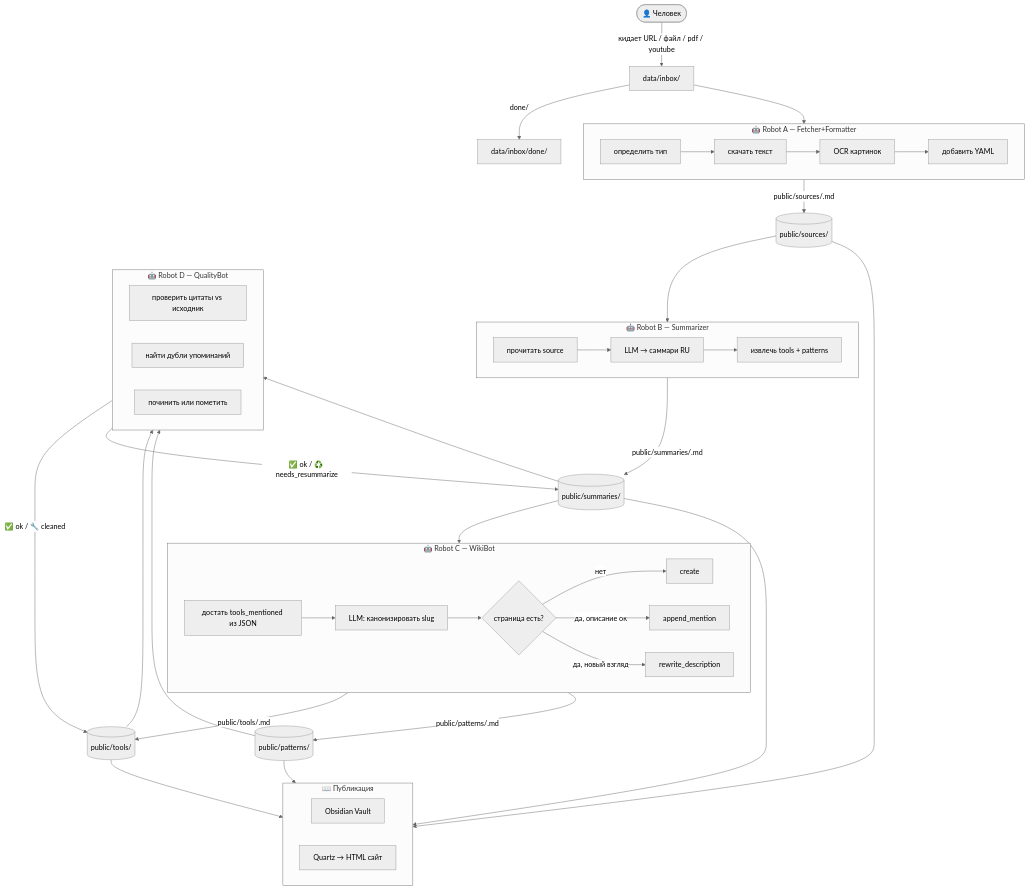
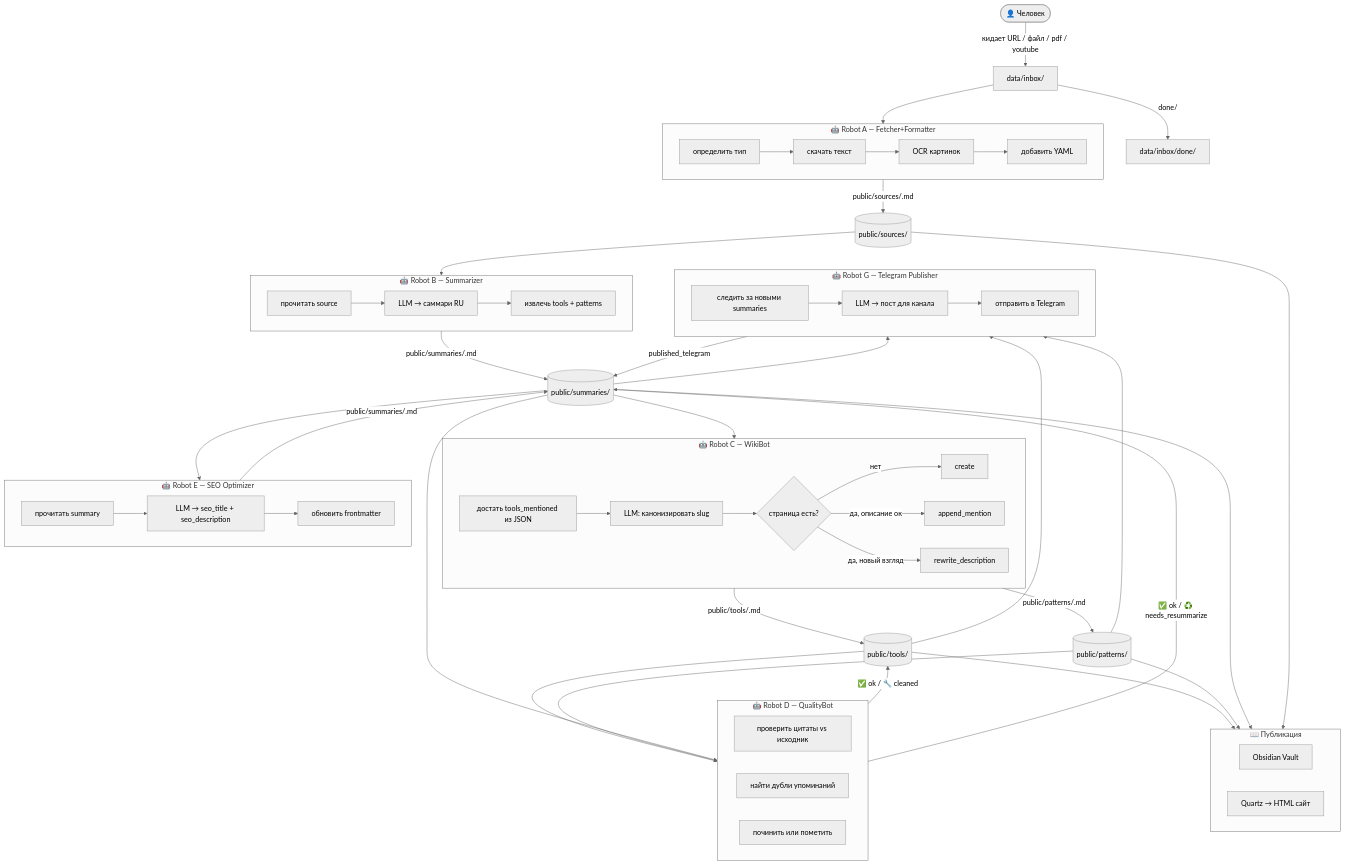
One commit to khabaroff/faiq changed the diagram in _human/processes.md. Above: the diagram before and after it, drawn with Mermaid (neutral theme). The commit also changed other lines of this file and 12 other files, not shown here.

```diff
--- a/_human/processes.md
+++ b/_human/processes.md
@@ -58,13 +58,37 @@
         D3[починить или пометить]
     end
 
-    ROBOT_D -->|✅ ok / 🔧 cleaned| TOOLS
-    ROBOT_D -->|✅ ok / ♻️ needs_resummarize| SUMMARIES
+ROBOT_D -->|✅ ok / 🔧 cleaned| TOOLS
+     ROBOT_D -->|✅ ok / ♻️ needs_resummarize| SUMMARIES
 
-    TOOLS --> PUB
-    TECH --> PUB
-    SUMMARIES --> PUB
-    SOURCES --> PUB
+     SUMMARIES --> ROBOT_E
+
+     subgraph ROBOT_E["🤖 Robot E — SEO Optimizer"]
+         E1[прочитать summary]
+         E2[LLM → seo_title + seo_description]
+         E3[обновить frontmatter]
+         E1 --> E2 --> E3
+     end
+
+     ROBOT_E -->|public/summaries/<slug>.md| SUMMARIES
+
+     SUMMARIES --> ROBOT_G
+     TOOLS --> ROBOT_G
+     TECH --> ROBOT_G
+
+     subgraph ROBOT_G["🤖 Robot G — Telegram Publisher"]
+         G1[следить за новыми summaries]
+         G2[LLM → пост для канала]
+         G3[отправить в Telegram]
+         G1 --> G2 --> G3
+     end
+
+     ROBOT_G -->|published_telegram| SUMMARIES
+
+     TOOLS --> PUB
+     TECH --> PUB
+     SUMMARIES --> PUB
+     SOURCES --> PUB
 
     subgraph PUB["📖 Публикация"]
         OBS[Obsidian Vault]
```
